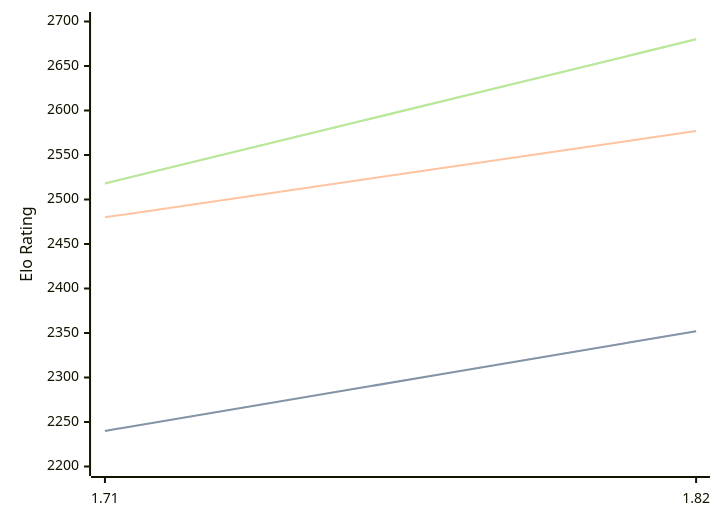
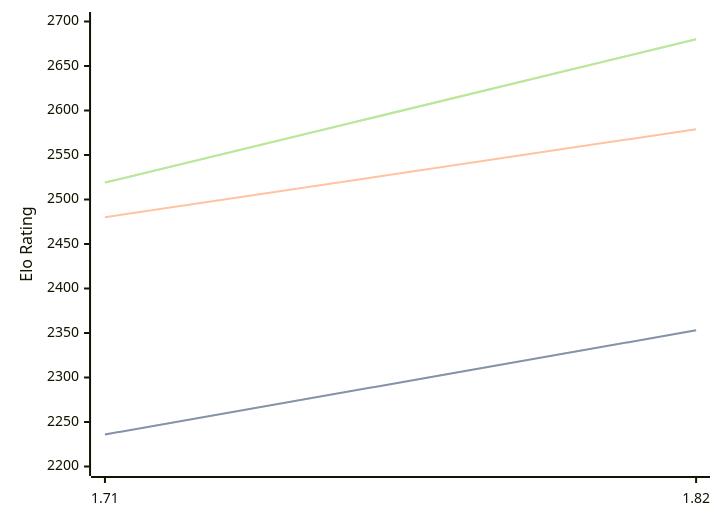
The diagram in engines/Amira.md (computer-chess-index/cci), drawn with Mermaid before and after one commit. The commit also changed other lines of this file, not shown here.

Commit message:
Update CCI Ratings (ELO VLTC) - 2026-02-17

````diff
--- a/engines/Amira.md
+++ b/engines/Amira.md
@@ -32,11 +32,11 @@
 ```mermaid
 %%{init: {"theme":"base","themeVariables":{"seriesColors:['#a3a3a3','#222221','#faa371']}}}%%
 xychart-beta
   x-axis ["1.71", "1.82"]
   y-axis "Elo Rating" 2200 --> 2700
-  line "STC (8.0+0.08s)" [2240, 2352]
-  line "STC (8.0+0.08s)" [2240, 2352]
-  line "LTC (60.0+0.60s)" [2480, 2577]
-  line "VLTC (2m24s+1.12s)" [2518, 2680]
-  line "VLTC (2m24s+1.12s)" [2518, 2680]
+  line "STC (8.0+0.08s)" [2236, 2353]
+  line "STC (8.0+0.08s)" [2236, 2353]
+  line "LTC (60.0+0.60s)" [2480, 2579]
+  line "VLTC (2m24s+1.12s)" [2519, 2680]
+  line "VLTC (2m24s+1.12s)" [2519, 2680]
 ```
````
